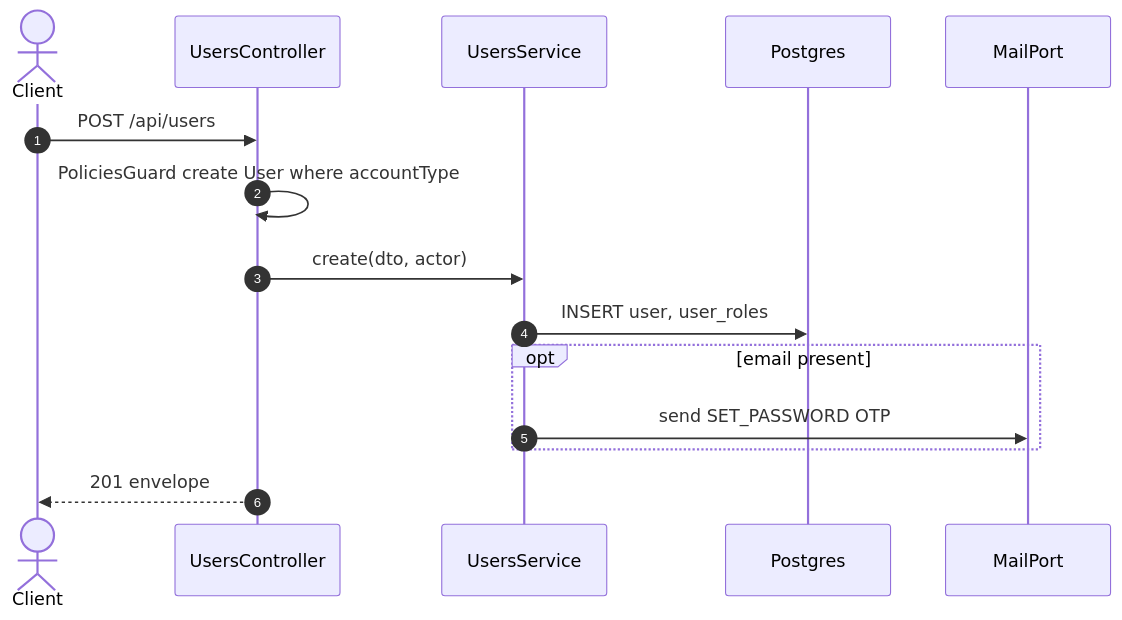
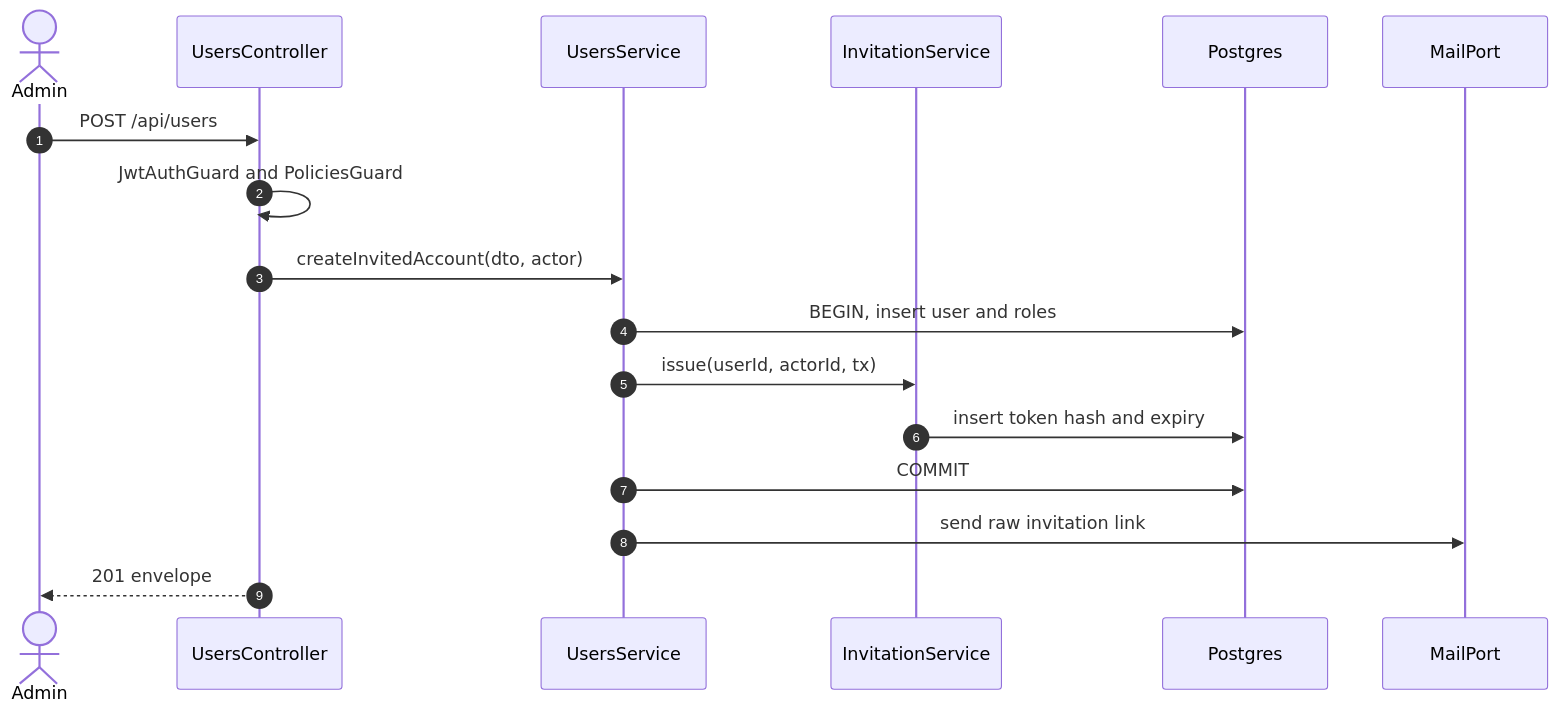
The second of 2 diagrams in specs/auth/api-design/10-post-users-create.md (TrekLink-Team/treklink-web), drawn with Mermaid before and after one commit. The commit also changed other lines of this file and 13 other files, not shown here.

First line of the commit message:
docs(TK-22): specify admin account management (#14)

````diff
--- a/specs/auth/api-design/10-post-users-create.md
+++ b/specs/auth/api-design/10-post-users-create.md
@@ -199,17 +108,19 @@
 ```mermaid
 sequenceDiagram
     autonumber
-    actor Client
+    actor Admin
     participant Controller as UsersController
     participant Service as UsersService
+    participant Invitation as InvitationService
     participant DB as Postgres
-    participant M as MailPort
-    Client->>Controller: POST /api/users
-    Controller->>Controller: PoliciesGuard create User where accountType
-    Controller->>Service: create(dto, actor)
-    Service->>DB: INSERT user, user_roles
-    opt email present
-      Service->>M: send SET_PASSWORD OTP
-    end
-    Controller-->>Client: 201 envelope
+    participant Mail as MailPort
+    Admin->>Controller: POST /api/users
+    Controller->>Controller: JwtAuthGuard and PoliciesGuard
+    Controller->>Service: createInvitedAccount(dto, actor)
+    Service->>DB: BEGIN, insert user and roles
+    Service->>Invitation: issue(userId, actorId, tx)
+    Invitation->>DB: insert token hash and expiry
+    Service->>DB: COMMIT
+    Service->>Mail: send raw invitation link
+    Controller-->>Admin: 201 envelope
 ```
````
